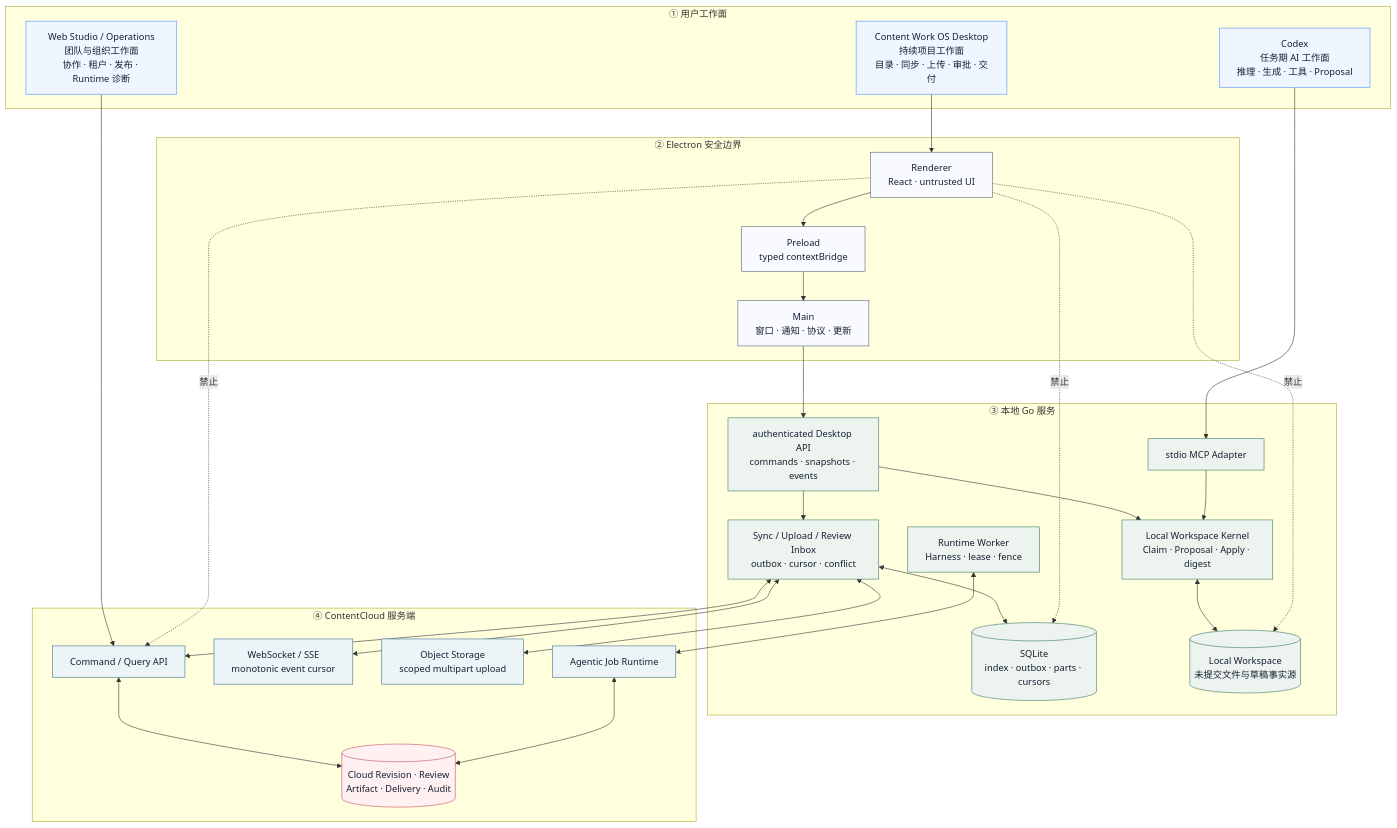
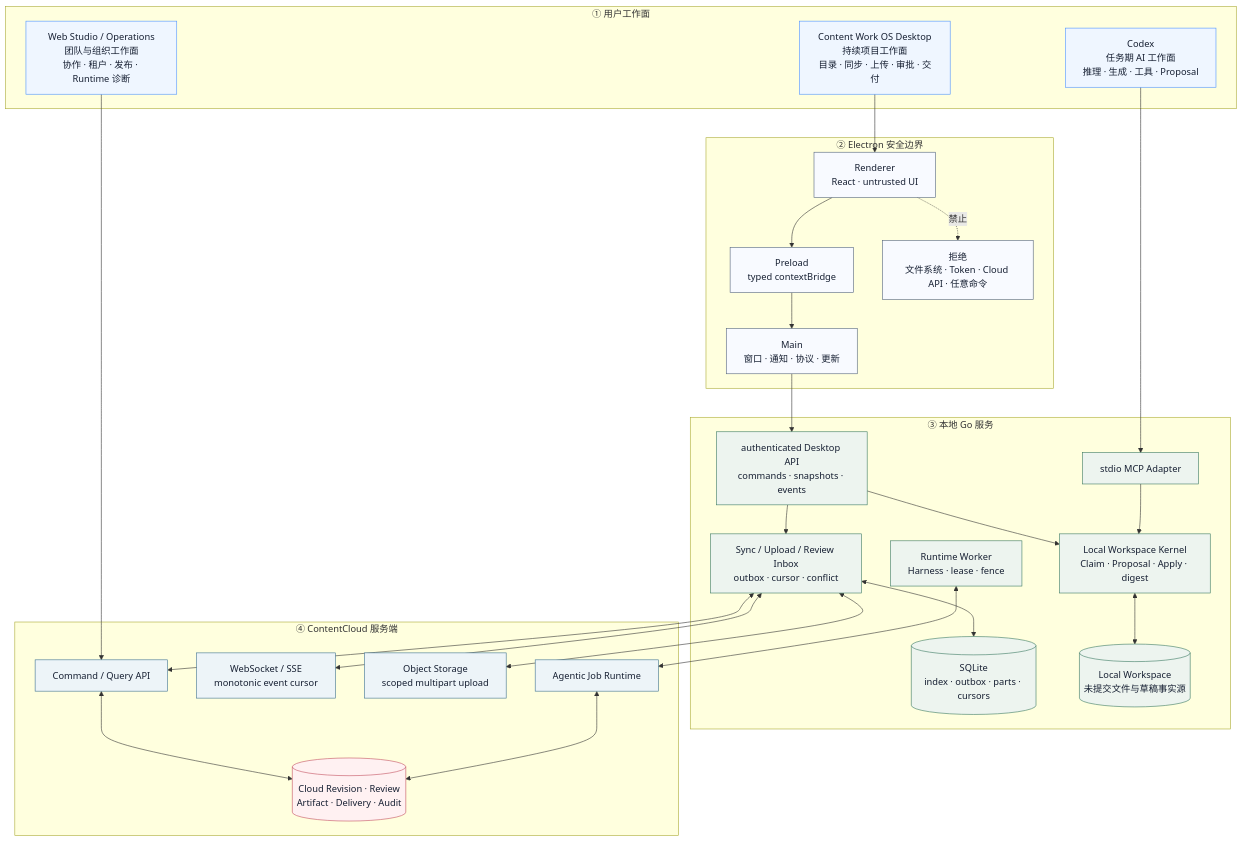
One commit to limecloud/contentcloud changed the diagram in docs/tech/contentcloud-desktop-architecture.mmd. Above: the diagram before and after it, drawn with Mermaid. The commit also changed 7 other files, not shown here.

Commit message:
docs: render desktop and runtime architecture

```diff
--- a/docs/tech/contentcloud-desktop-architecture.mmd
+++ b/docs/tech/contentcloud-desktop-architecture.mmd
@@ -1,63 +1,61 @@
 %% Content Work OS Desktop target architecture source.
 %% Desktop is a persistent project surface. Codex remains the task-time AI surface.
 flowchart TB
     subgraph Surfaces["① 用户工作面"]
-        Codex["Codex\n任务期 AI 工作面\n推理 · 生成 · 工具 · Proposal"]
-        Desktop["Content Work OS Desktop\n持续项目工作面\n目录 · 同步 · 上传 · 审批 · 交付"]
-        Web["Web Studio / Operations\n团队与组织工作面\n协作 · 租户 · 发布 · Runtime 诊断"]
+        Codex["Codex<br/>任务期 AI 工作面<br/>推理 · 生成 · 工具 · Proposal"]
+        Desktop["Content Work OS Desktop<br/>持续项目工作面<br/>目录 · 同步 · 上传 · 审批 · 交付"]
+        Web["Web Studio / Operations<br/>团队与组织工作面<br/>协作 · 租户 · 发布 · Runtime 诊断"]
     end
 
     subgraph Electron["② Electron 安全边界"]
-        Renderer["Renderer\nReact · untrusted UI"]
-        Preload["Preload\ntyped contextBridge"]
-        Main["Main\n窗口 · 通知 · 协议 · 更新"]
+        Renderer["Renderer<br/>React · untrusted UI"]
+        Preload["Preload<br/>typed contextBridge"]
+        Main["Main<br/>窗口 · 通知 · 协议 · 更新"]
+        Forbidden["拒绝<br/>文件系统 · Token · Cloud API · 任意命令"]
         Renderer --> Preload --> Main
+        Renderer -. "禁止" .-> Forbidden
     end
 
     subgraph Local["③ 本地 Go 服务"]
         MCP["stdio MCP Adapter"]
-        DesktopAPI["authenticated Desktop API\ncommands · snapshots · events"]
-        Kernel["Local Workspace Kernel\nClaim · Proposal · Apply · digest"]
-        Sync["Sync / Upload / Review Inbox\noutbox · cursor · conflict"]
-        RuntimeWorker["Runtime Worker\nHarness · lease · fence"]
-        Cache[("SQLite\nindex · outbox · parts · cursors")]
-        Workspace[("Local Workspace\n未提交文件与草稿事实源")]
+        DesktopAPI["authenticated Desktop API<br/>commands · snapshots · events"]
+        Kernel["Local Workspace Kernel<br/>Claim · Proposal · Apply · digest"]
+        Sync["Sync / Upload / Review Inbox<br/>outbox · cursor · conflict"]
+        RuntimeWorker["Runtime Worker<br/>Harness · lease · fence"]
+        Cache[("SQLite<br/>index · outbox · parts · cursors")]
+        Workspace[("Local Workspace<br/>未提交文件与草稿事实源")]
         DesktopAPI --> Kernel
         DesktopAPI --> Sync
         Kernel <--> Workspace
         Sync <--> Cache
     end
 
     subgraph Cloud["④ ContentCloud 服务端"]
         API["Command / Query API"]
-        Events["WebSocket / SSE\nmonotonic event cursor"]
-        Blob["Object Storage\nscoped multipart upload"]
+        Events["WebSocket / SSE<br/>monotonic event cursor"]
+        Blob["Object Storage<br/>scoped multipart upload"]
         Runtime["Agentic Job Runtime"]
-        Facts[("Cloud Revision · Review\nArtifact · Delivery · Audit")]
+        Facts[("Cloud Revision · Review<br/>Artifact · Delivery · Audit")]
         API <--> Facts
         Runtime <--> Facts
     end
 
     Codex --> MCP --> Kernel
     Desktop --> Renderer
     Main --> DesktopAPI
     Sync <--> API
     Sync <--> Events
     Sync <--> Blob
     RuntimeWorker <--> Runtime
     Web --> API
 
-    Renderer -. "禁止" .-> Workspace
-    Renderer -. "禁止" .-> API
-    Renderer -. "禁止" .-> Cache
-
     classDef surface fill:#eff6ff,stroke:#4c91ff,color:#172033
     classDef shell fill:#f8faff,stroke:#52627b,color:#172033
     classDef local fill:#edf4ef,stroke:#397860,color:#172033
     classDef cloud fill:#edf4f8,stroke:#3b6f8f,color:#172033
     classDef fact fill:#fff1f2,stroke:#c24f5f,color:#172033
     class Codex,Desktop,Web surface
-    class Renderer,Preload,Main shell
+    class Renderer,Preload,Main,Forbidden shell
     class MCP,DesktopAPI,Kernel,Sync,RuntimeWorker,Cache,Workspace local
     class API,Events,Blob,Runtime cloud
     class Facts fact
```
